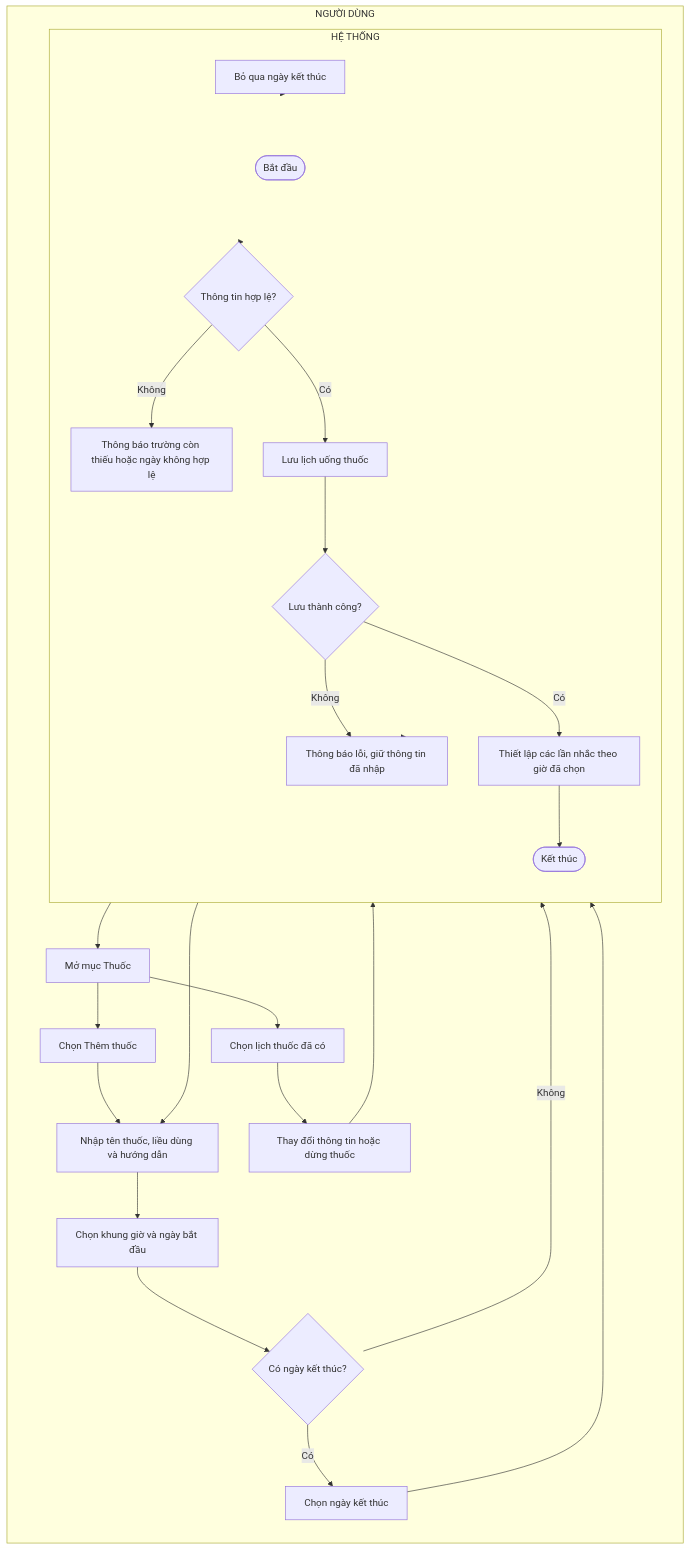
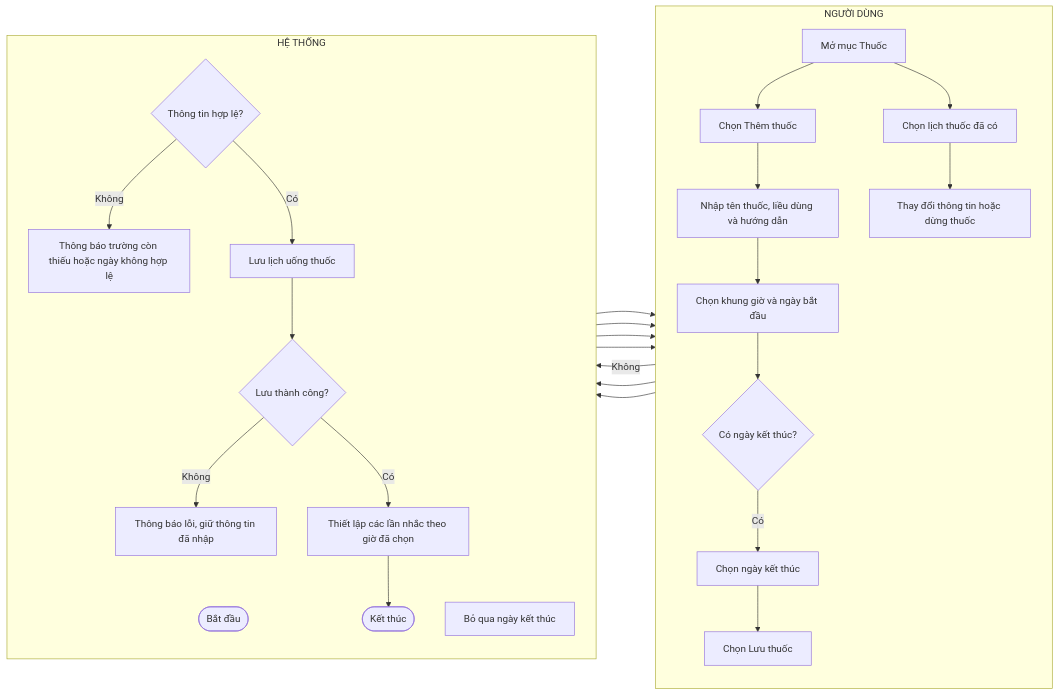
The ninth of 17 diagrams in docs/bieu_do_hoat_dong_usecase.md (Iron045/geriatricare), drawn with Mermaid before and after one commit. The commit also changed other lines of this file, not shown here.

Commit message:
docs: fix swimlane identifiers in activity diagrams

````diff
--- a/docs/bieu_do_hoat_dong_usecase.md
+++ b/docs/bieu_do_hoat_dong_usecase.md
@@ -314,46 +314,46 @@
 ```mermaid
 flowchart LR
-  subgraph U["NGƯỜI DÙNG"]
+  subgraph USER_LANE["NGƯỜI DÙNG"]
     direction TB
     A[Mở mục Thuốc]
     B[Chọn Thêm thuốc]
     C[Nhập tên thuốc, liều dùng và hướng dẫn]
     D[Chọn khung giờ và ngày bắt đầu]
     E{Có ngày kết thúc?}
     F[Chọn ngày kết thúc]
     H[Chọn Lưu thuốc]
     O[Chọn lịch thuốc đã có]
     P[Thay đổi thông tin hoặc dừng thuốc]
   end
-  subgraph H["HỆ THỐNG"]
+  subgraph SYSTEM_LANE["HỆ THỐNG"]
     direction TB
     S([Bắt đầu])
     G[Bỏ qua ngày kết thúc]
     I{Thông tin hợp lệ?}
     J[Thông báo trường còn thiếu hoặc ngày không hợp lệ]
     K[Lưu lịch uống thuốc]
     L{Lưu thành công?}
     M[Thông báo lỗi, giữ thông tin đã nhập]
     N[Thiết lập các lần nhắc theo giờ đã chọn]
     T([Kết thúc])
   end
   S --> A
   A --> B
   B --> C
   C --> D
   D --> E
   E -- Có --> F
   E -- Không --> G
   F --> H
   G --> H
   H --> I
   I -- Không --> J --> C
   I -- Có --> K
   K --> L
   L -- Không --> M --> H
   L -- Có --> N
   N --> T
   A --> O
   O --> P
   P --> T
 ```
````
